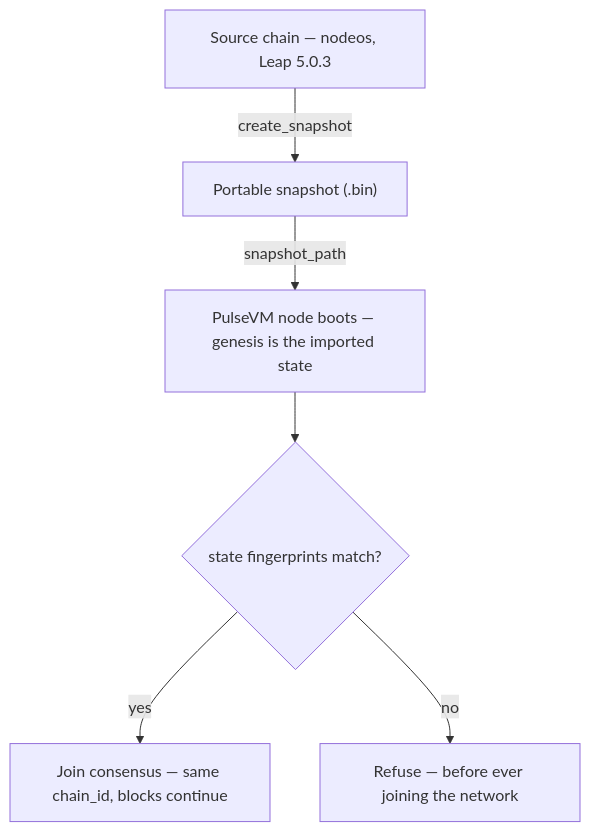
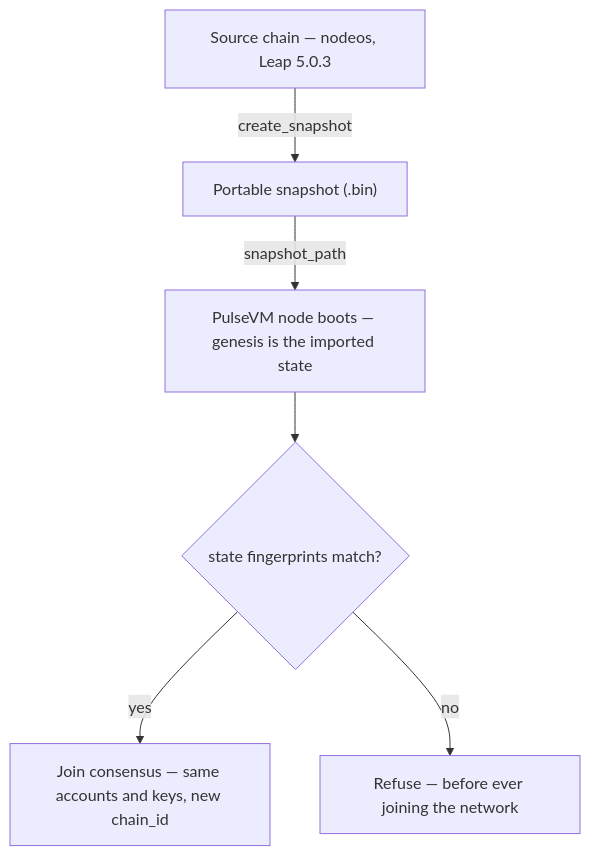
The diagram in docs/guide/migrate-antelope-chain.md (paulgnz/pulsevm-docs), drawn with Mermaid before and after one commit. The commit also changed other lines of this file and 1 other file, not shown here.

Commit message:
guide + updates: migrated chain gets a new chain_id; November changelog (#132 hardening, #129 signed-halt ceremony in review)

````diff
--- a/docs/guide/migrate-antelope-chain.md
+++ b/docs/guide/migrate-antelope-chain.md
@@ -88,8 +88,8 @@
 ```mermaid
 flowchart TB
   a["Source chain — nodeos, Leap 5.0.3"] -->|create_snapshot| b["Portable snapshot (.bin)"]
   b -->|snapshot_path| c["PulseVM node boots — genesis is the imported state"]
   c --> d{"state fingerprints match?"}
-  d -- yes --> e["Join consensus — same chain_id, blocks continue"]
+  d -- yes --> e["Join consensus — same accounts and keys, new chain_id"]
   d -- no --> f["Refuse — before ever joining the network"]
 ```
````
